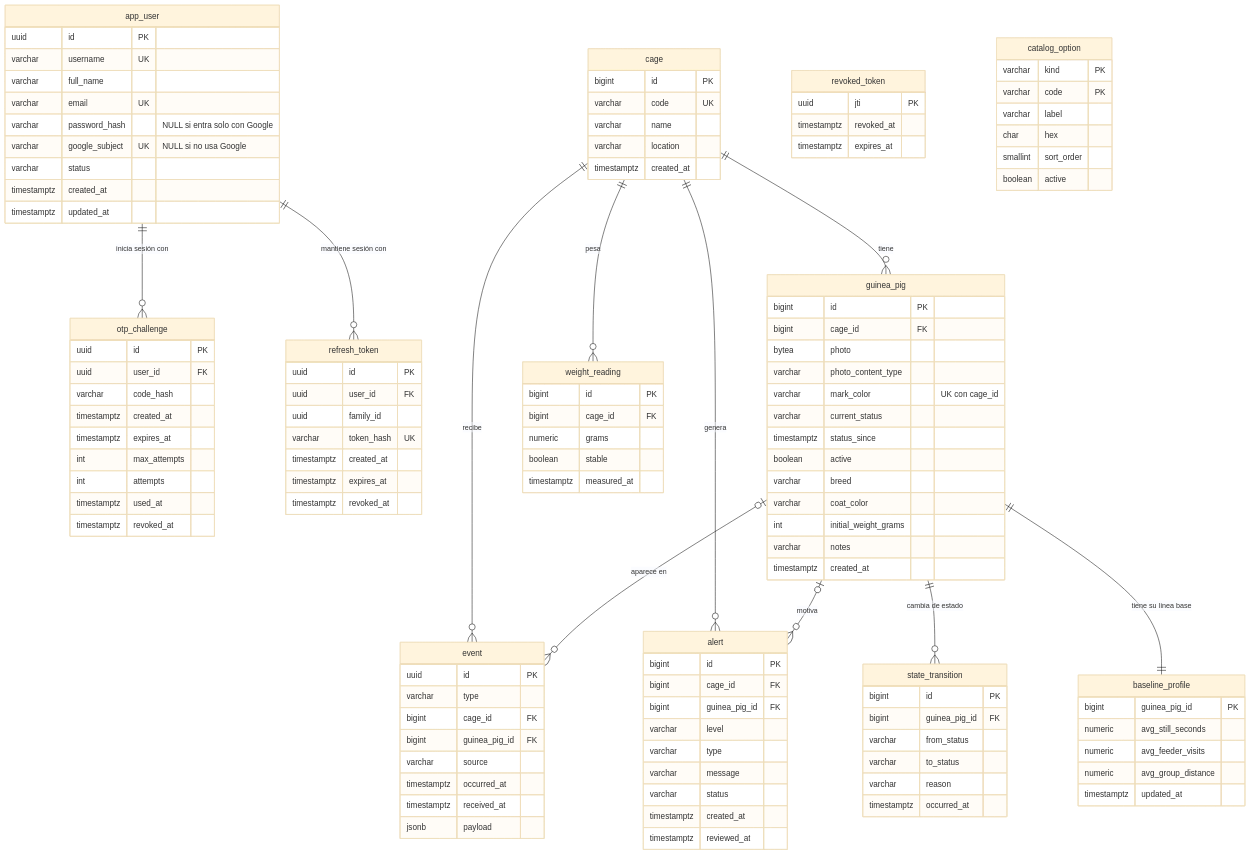
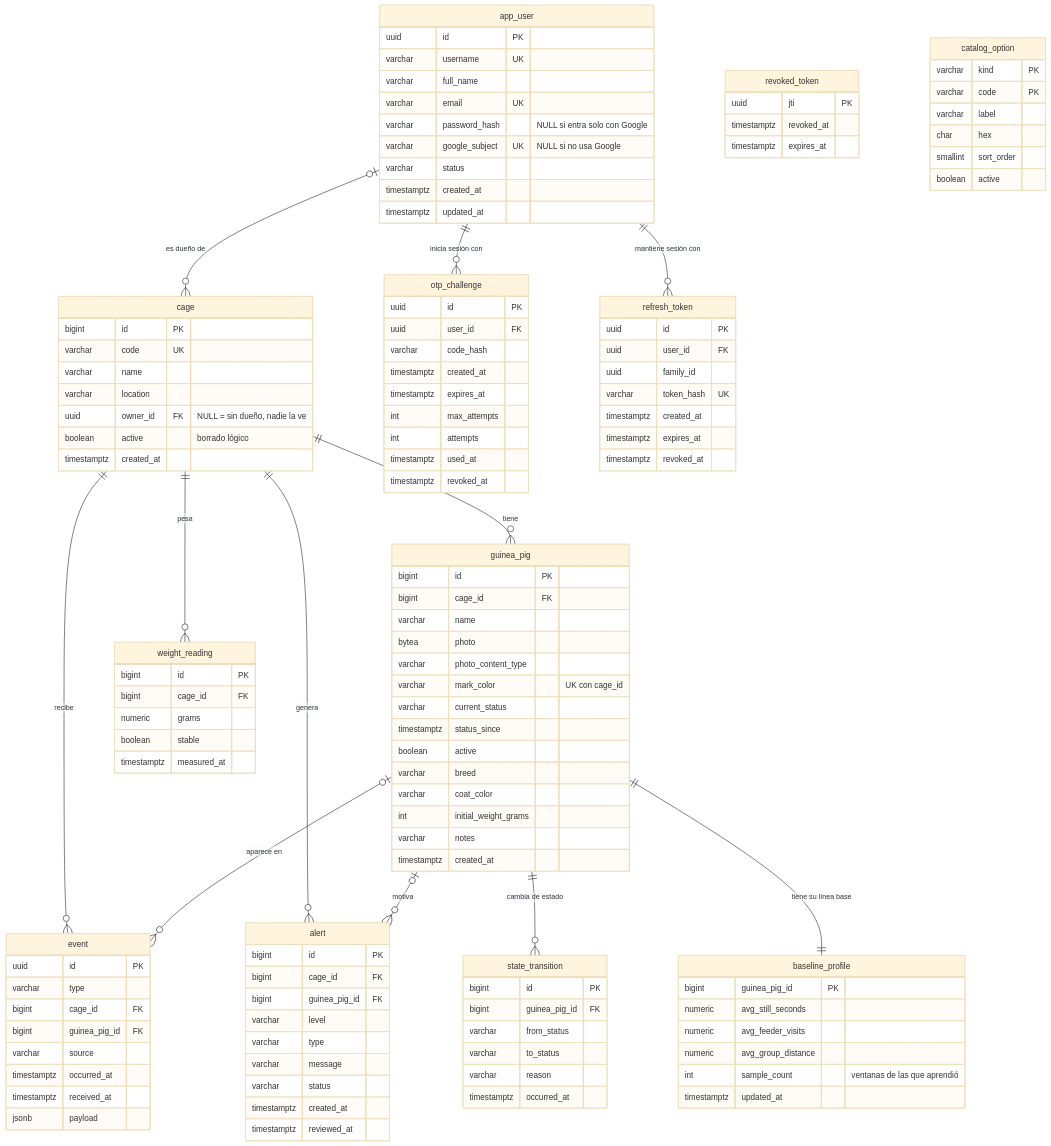
One commit to Josuram-xd/cuy-monitor-db changed the diagram in README.md. Above: the diagram before and after it, drawn with Mermaid (base theme). The commit also changed other lines of this file and 1 other file, not shown here.

Commit message:
docs(schema): bring the ER diagram up to date and export it for the report

````diff
--- a/README.md
+++ b/README.md
@@ -19,5 +19,6 @@
 ```mermaid
 erDiagram
+    app_user |o--o{ cage : "es dueño de"
     app_user ||--o{ otp_challenge : "inicia sesión con"
     app_user ||--o{ refresh_token : "mantiene sesión con"
     cage ||--o{ guinea_pig : "tiene"
@@ -70,6 +71,8 @@
         varchar code UK
         varchar name
         varchar location
+        uuid owner_id FK "NULL = sin dueño, nadie la ve"
+        boolean active "borrado lógico"
         timestamptz created_at
     }
     catalog_option {
@@ -83,6 +86,7 @@
     guinea_pig {
         bigint id PK
         bigint cage_id FK
+        varchar name
         bytea photo
         varchar photo_content_type
         varchar mark_color "UK con cage_id"
@@ -136,6 +140,7 @@
         numeric avg_still_seconds
         numeric avg_feeder_visits
         numeric avg_group_distance
+        int sample_count "ventanas de las que aprendió"
         timestamptz updated_at
     }
 ```
````
